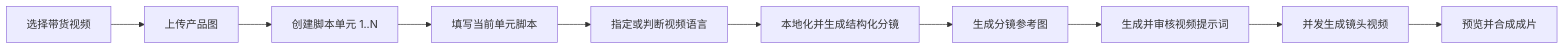
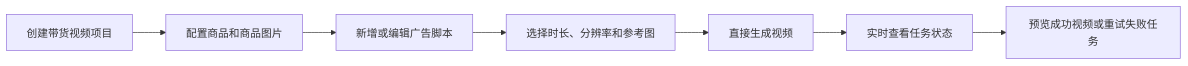
Before and after one commit to Einzieg/CineWeave: the first of 2 diagrams in docs/commerce-video-development-plan.md, drawn with Mermaid. The commit also changed other lines of this file and 151 other files, not shown here.

````diff
--- a/docs/commerce-video-development-plan.md
+++ b/docs/commerce-video-development-plan.md
@@ -114,12 +70,9 @@
 ```mermaid
 flowchart LR
-    Create["选择带货视频"] --> Product["上传产品图"]
-    Product --> Units["创建脚本单元 1..N"]
-    Units --> Script["填写当前单元脚本"]
-    Script --> Language["指定或判断视频语言"]
-    Language --> Plan["本地化并生成结构化分镜"]
-    Plan --> Frames["生成分镜参考图"]
-    Frames --> Prompts["生成并审核视频提示词"]
-    Prompts --> Videos["并发生成镜头视频"]
-    Videos --> Final["预览并合成成片"]
+    Create["创建带货视频项目"] --> Product["配置商品和商品图片"]
+    Product --> Script["新增或编辑广告脚本"]
+    Script --> Options["选择时长、分辨率和参考图"]
+    Options --> Generate["直接生成视频"]
+    Generate --> Progress["实时查看任务状态"]
+    Progress --> Preview["预览成功视频或重试失败任务"]
 ```
````
